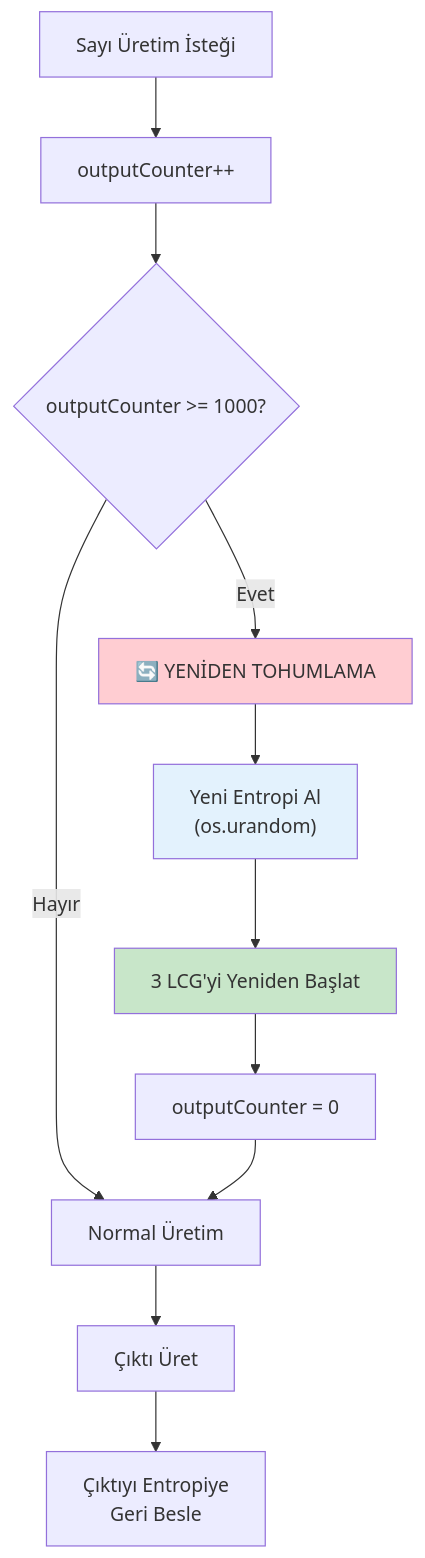
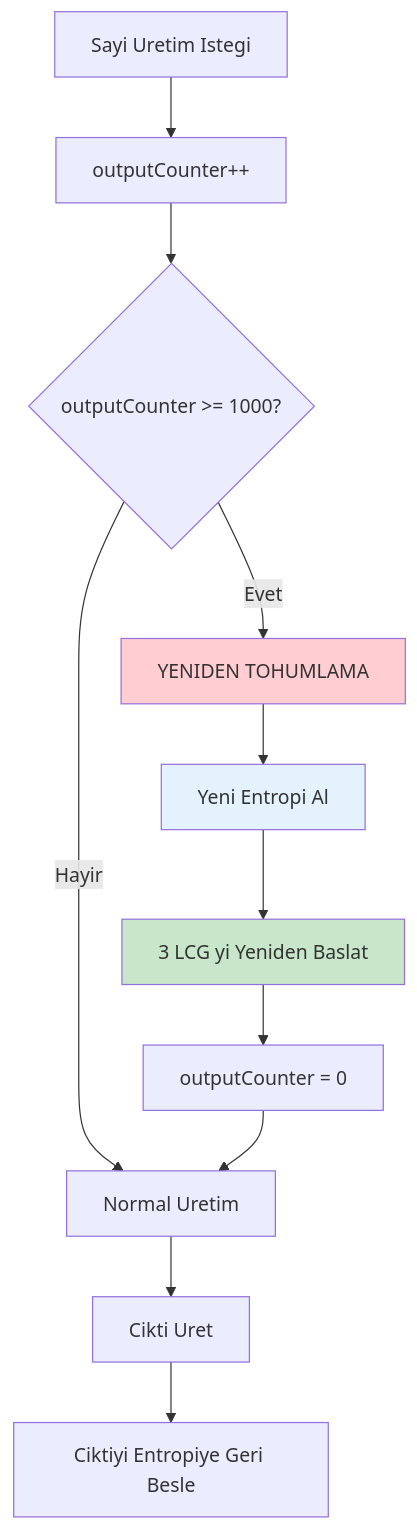
One commit to Samet230/Rastgele_Sayi_Ureteci changed the sixth of 9 diagrams in docs/FLOWCHART.md. Above: the diagram before and after it, drawn with Mermaid. The commit also changed other lines of this file, not shown here.

Commit message:
fix: Mermaid syntax duzeltildi - GitHub uyumlulugu

````diff
--- a/docs/FLOWCHART.md
+++ b/docs/FLOWCHART.md
@@ -215,20 +215,20 @@
 ```mermaid
 flowchart TD
-    A["Sayı Üretim İsteği"] --> B["outputCounter++"]
+    A["Sayi Uretim Istegi"] --> B["outputCounter++"]
     B --> C{outputCounter >= 1000?}
     
-    C -->|Hayır| D["Normal Üretim"]
+    C -->|Hayir| D["Normal Uretim"]
     
-    C -->|Evet| E["🔄 YENİDEN TOHUMLAMA"]
-    E --> F["Yeni Entropi Al<br/>(os.urandom)"]
-    F --> G["3 LCG'yi Yeniden Başlat"]
+    C -->|Evet| E["YENIDEN TOHUMLAMA"]
+    E --> F["Yeni Entropi Al"]
+    F --> G["3 LCG yi Yeniden Baslat"]
     G --> H["outputCounter = 0"]
     H --> D
     
-    D --> I["Çıktı Üret"]
-    I --> J["Çıktıyı Entropiye<br/>Geri Besle"]
+    D --> I["Cikti Uret"]
+    I --> J["Ciktiyi Entropiye Geri Besle"]
     
     style E fill:#ffcdd2
     style F fill:#e3f2fd
     style G fill:#c8e6c9
 ```
````
